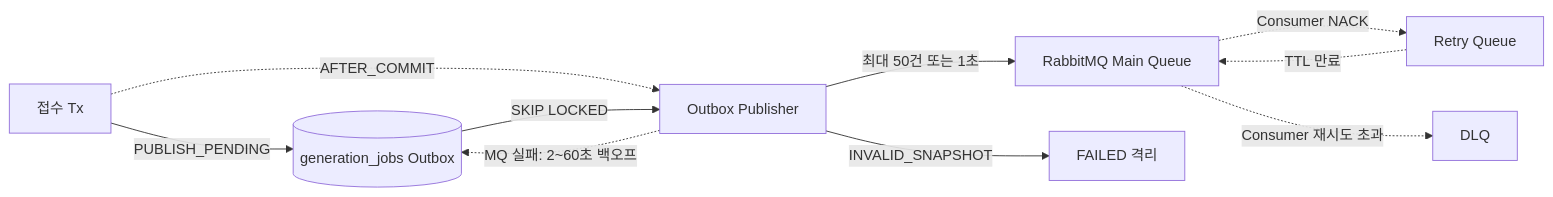
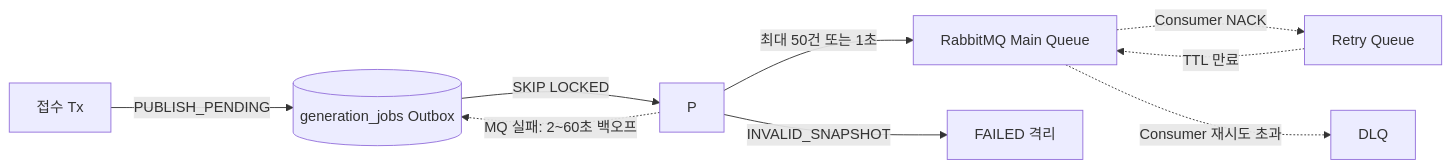
Before and after one commit to 100-hours-a-week/KTB4-10th-BE: the third of 3 diagrams in docs/AI-MQ-재생성-입력.md, drawn with Mermaid. The commit also changed other lines of this file and 7 other files, not shown here.

````diff
--- a/docs/AI-MQ-재생성-입력.md
+++ b/docs/AI-MQ-재생성-입력.md
@@ -115,12 +114,11 @@
 ```mermaid
 flowchart LR
     A[접수 Tx] -->|PUBLISH_PENDING| DB[(generation_jobs Outbox)]
-    A -. AFTER_COMMIT .-> P[Outbox Publisher]
     DB -->|SKIP LOCKED| P
     P -->|최대 50건 또는 1초| MQ[RabbitMQ Main Queue]
     P -. MQ 실패: 2~60초 백오프 .-> DB
     P -->|INVALID_SNAPSHOT| F[FAILED 격리]
     MQ -. Consumer NACK .-> RQ[Retry Queue]
     RQ -. TTL 만료 .-> MQ
     MQ -. Consumer 재시도 초과 .-> DLQ[DLQ]
 ```
````
